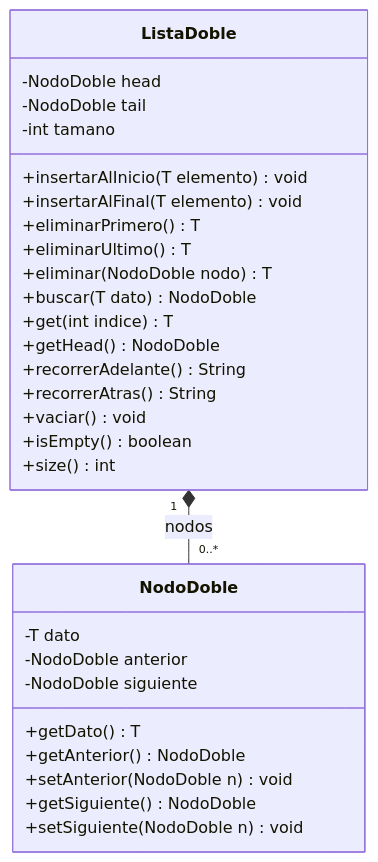
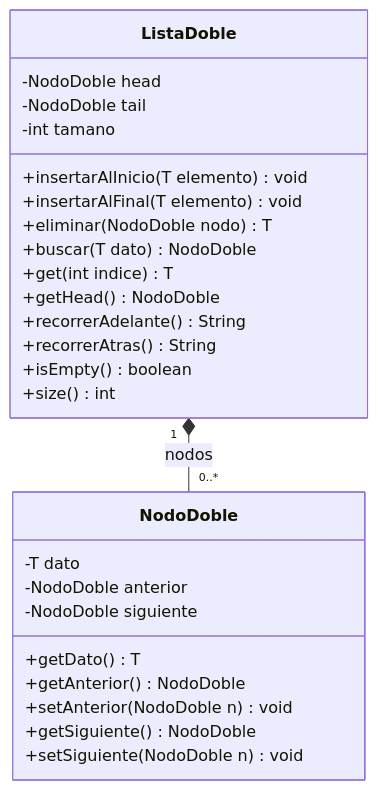
The seventh of 7 diagrams in content/cursos/estructuras-de-datos/guias/lab-listas-dobles-y-archivos-proyecto-de-aula.md (santiagoSuarez219/nodo-edu), drawn with Mermaid before and after one commit. The commit also changed other lines of this file, not shown here.

First line of the commit message:
content(estructuras-de-datos): drop eliminarPrimero, eliminarUltimo and vaciar from list lab requirements

````diff
--- a/content/cursos/estructuras-de-datos/guias/lab-listas-dobles-y-archivos-proyecto-de-aula.md
+++ b/content/cursos/estructuras-de-datos/guias/lab-listas-dobles-y-archivos-proyecto-de-aula.md
@@ -219,32 +219,29 @@
 ```mermaid
 classDiagram
   class NodoDoble {
     -T dato
     -NodoDoble anterior
     -NodoDoble siguiente
     +getDato() T
     +getAnterior() NodoDoble
     +setAnterior(NodoDoble n) void
     +getSiguiente() NodoDoble
     +setSiguiente(NodoDoble n) void
   }
   class ListaDoble {
     -NodoDoble head
     -NodoDoble tail
     -int tamano
     +insertarAlInicio(T elemento) void
     +insertarAlFinal(T elemento) void
-    +eliminarPrimero() T
-    +eliminarUltimo() T
     +eliminar(NodoDoble nodo) T
     +buscar(T dato) NodoDoble
     +get(int indice) T
     +getHead() NodoDoble
     +recorrerAdelante() String
     +recorrerAtras() String
-    +vaciar() void
     +isEmpty() boolean
     +size() int
   }
   ListaDoble "1" *-- "0..*" NodoDoble : nodos
 ```
````
